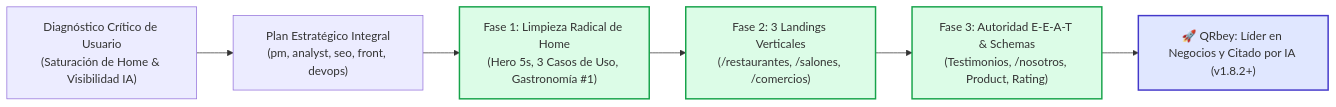
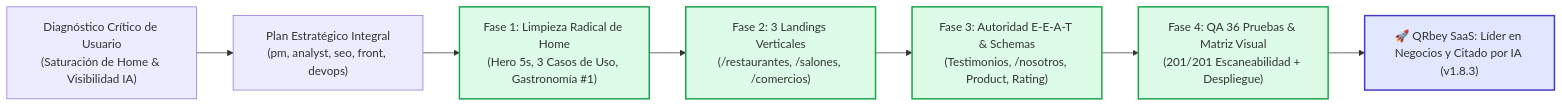
One commit to paolapaz202504/QRgenerator changed the diagram in PROJECT_STATUS_QRGENERATOR.md. Above: the diagram before and after it, drawn with Mermaid. The commit also changed other lines of this file and 9 other files, not shown here.

Commit message:
feat(qa/release): Fase 4 completada con 36 pruebas automatizadas aprobadas, matriz visual de 201 combinaciones y release v1.8.3

````diff
--- a/PROJECT_STATUS_QRGENERATOR.md
+++ b/PROJECT_STATUS_QRGENERATOR.md
@@ -12,13 +12,15 @@
 ```mermaid
 flowchart LR
     A["Diagnóstico Crítico de Usuario\n(Saturación de Home & Visibilidad IA)"] --> B["Plan Estratégico Integral\n(pm, analyst, seo, front, devops)"]
     B --> C["Fase 1: Limpieza Radical de Home\n(Hero 5s, 3 Casos de Uso, Gastronomía #1)"]
     C --> D["Fase 2: 3 Landings Verticales\n(/restaurantes, /salones, /comercios)"]
     D --> E["Fase 3: Autoridad E-E-A-T & Schemas\n(Testimonios, /nosotros, Product, Rating)"]
-    E --> F["🚀 QRbey: Líder en Negocios y Citado por IA (v1.8.2+)"]
+    E --> F["Fase 4: QA 36 Pruebas & Matriz Visual\n(201/201 Escaneabilidad + Despliegue)"]
+    F --> G["🚀 QRbey SaaS: Líder en Negocios y Citado por IA (v1.8.3)"]
     
     style C fill:#dcfce7,stroke:#16a34a,stroke-width:2px
     style D fill:#dcfce7,stroke:#16a34a,stroke-width:2px
     style E fill:#dcfce7,stroke:#16a34a,stroke-width:2px
-    style F fill:#e0e7ff,stroke:#4338ca,stroke-width:2px
+    style F fill:#dcfce7,stroke:#16a34a,stroke-width:2px
+    style G fill:#e0e7ff,stroke:#4338ca,stroke-width:2px
 ```
````
